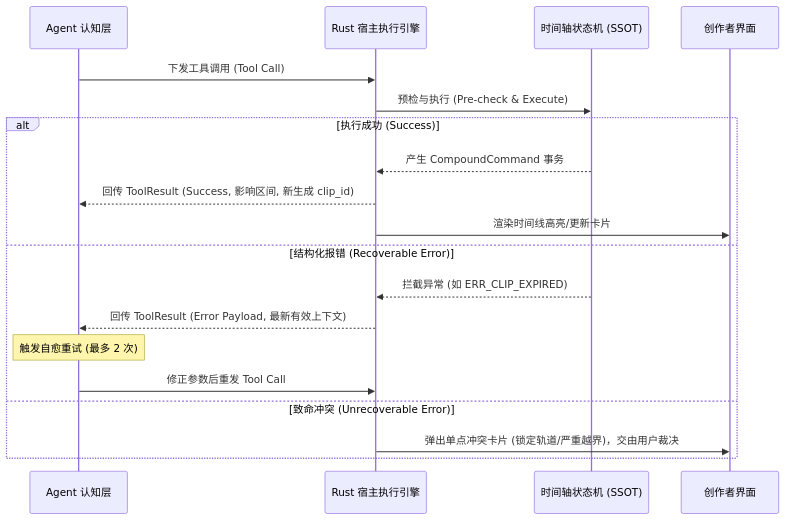
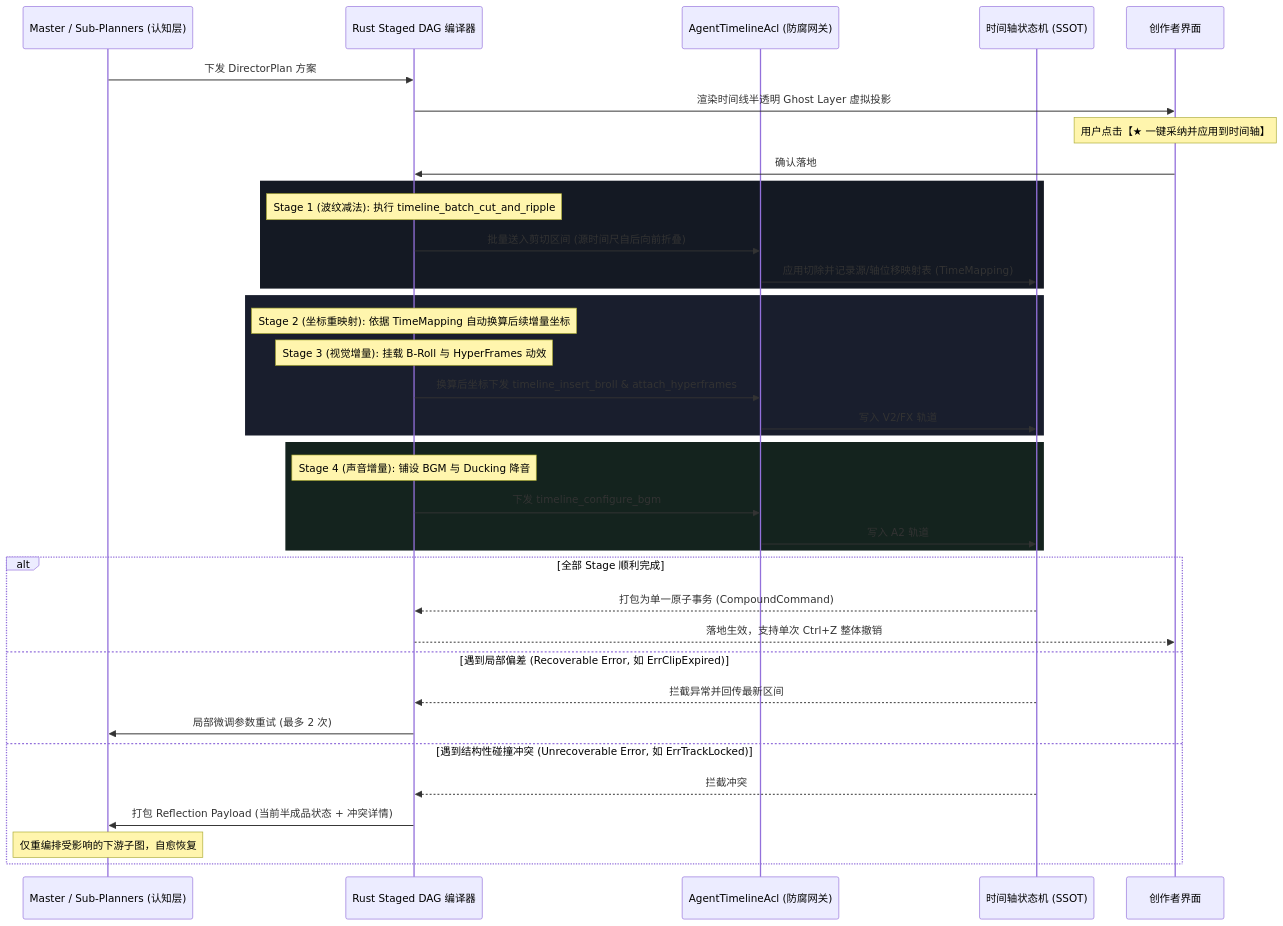
One commit to qiuku2022/ClipFlow changed the second of 2 diagrams in docs/agent-director-spec.md. Above: the diagram before and after it, drawn with Mermaid. The commit also changed other lines of this file, not shown here.

First line of the commit message:
docs(agent): 升级导演级 Agent 规范为 Master-SubAgent 意图解构与 Staged DAG 编排

````diff
--- a/docs/agent-director-spec.md
+++ b/docs/agent-director-spec.md
@@ -330,22 +396,44 @@
 ```mermaid
 sequenceDiagram
-    participant LLM as Agent 认知层
-    participant Host as Rust 宿主执行引擎
+    participant LLM as Master / Sub-Planners (认知层)
+    participant Host as Rust Staged DAG 编译器
+    participant ACL as AgentTimelineAcl (防腐网关)
     participant TL as 时间轴状态机 (SSOT)
     participant UI as 创作者界面
 
-    LLM->>Host: 下发工具调用 (Tool Call)
-    Host->>TL: 预检与执行 (Pre-check & Execute)
-    alt 执行成功 (Success)
-        TL-->>Host: 产生 CompoundCommand 事务
-        Host-->>LLM: 回传 ToolResult (Success, 影响区间, 新生成 clip_id)
-        Host->>UI: 渲染时间线高亮/更新卡片
-    else 结构化报错 (Recoverable Error)
-        TL-->>Host: 拦截异常 (如 ERR_CLIP_EXPIRED)
-        Host-->>LLM: 回传 ToolResult (Error Payload, 最新有效上下文)
-        Note over LLM: 触发自愈重试 (最多 2 次)
-        LLM->>Host: 修正参数后重发 Tool Call
-    else 致命冲突 (Unrecoverable Error)
-        Host->>UI: 弹出单点冲突卡片 (锁定轨道/严重越界)，交由用户裁决
+    LLM->>Host: 下发 DirectorPlan 方案
+    Host->>UI: 渲染时间线半透明 Ghost Layer 虚拟投影
+    Note over UI: 用户点击【★ 一键采纳并应用到时间轴】
+    UI->>Host: 确认落地
+    
+    rect rgb(20, 25, 35)
+        Note over Host: Stage 1 (波纹减法): 执行 timeline_batch_cut_and_ripple
+        Host->>ACL: 批量送入剪切区间 (源时间尺自后向前折叠)
+        ACL->>TL: 应用切除并记录源/轴位移映射表 (TimeMapping)
+    end
+
+    rect rgb(25, 30, 45)
+        Note over Host: Stage 2 (坐标重映射): 依据 TimeMapping 自动换算后续增量坐标
+        Note over Host: Stage 3 (视觉增量): 挂载 B-Roll 与 HyperFrames 动效
+        Host->>ACL: 换算后坐标下发 timeline_insert_broll & attach_hyperframes
+        ACL->>TL: 写入 V2/FX 轨道
+    end
+
+    rect rgb(20, 35, 30)
+        Note over Host: Stage 4 (声音增量): 铺设 BGM 与 Ducking 降音
+        Host->>ACL: 下发 timeline_configure_bgm
+        ACL->>TL: 写入 A2 轨道
+    end
+
+    alt 全部 Stage 顺利完成
+        TL-->>Host: 打包为单一原子事务 (CompoundCommand)
+        Host-->>UI: 落地生效，支持单次 Ctrl+Z 整体撤销
+    else 遇到局部偏差 (Recoverable Error, 如 ErrClipExpired)
+        TL-->>Host: 拦截异常并回传最新区间
+        Host->>LLM: 局部微调参数重试 (最多 2 次)
+    else 遇到结构性碰撞冲突 (Unrecoverable Error, 如 ErrTrackLocked)
+        TL-->>Host: 拦截冲突
+        Host->>LLM: 打包 Reflection Payload (当前半成品状态 + 冲突详情)
+        Note over LLM: 仅重编排受影响的下游子图，自愈恢复
     end
 ```
````
